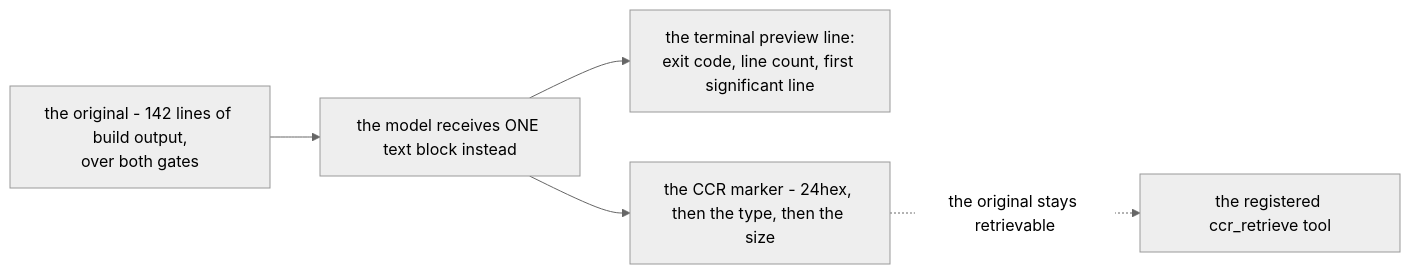
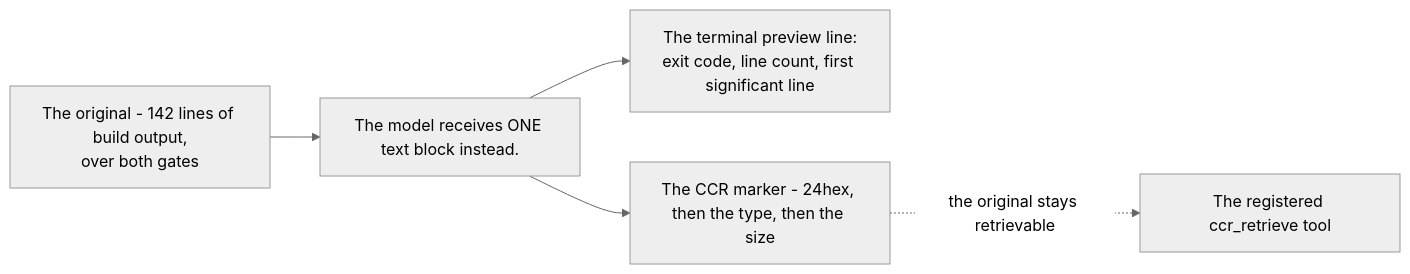
One commit to PlayForm/Site-DeepSeek changed the diagram in Source/Content/Mermaid/ccr-in-action-replace.mmd. Above: the diagram before and after it, drawn with Mermaid (neutral theme). The commit also changed 80 other files, not shown here.

```diff
--- a/Source/Content/Mermaid/ccr-in-action-replace.mmd
+++ b/Source/Content/Mermaid/ccr-in-action-replace.mmd
@@ -1,5 +1,5 @@
 flowchart LR
-	BEFORE["the original - 142 lines of build output,<br/>over both gates"] --> BLOCK["the model receives ONE text block instead"]
-	BLOCK --> P["the terminal preview line:<br/>exit code, line count, first significant line"]
-	BLOCK --> M["the CCR marker - 24hex, then the type, then the size"]
-	M -. "the original stays retrievable" .-> RETR["the registered ccr_retrieve tool"]
+	BEFORE["The original - 142 lines of build output,<br/>over both gates"] --> BLOCK["The model receives ONE text block instead."]
+	BLOCK --> P["The terminal preview line:<br/>exit code, line count, first significant line"]
+	BLOCK --> M["The CCR marker - 24hex, then the type, then the size"]
+	M -. "the original stays retrievable" .-> RETR["The registered ccr_retrieve tool"]
```
